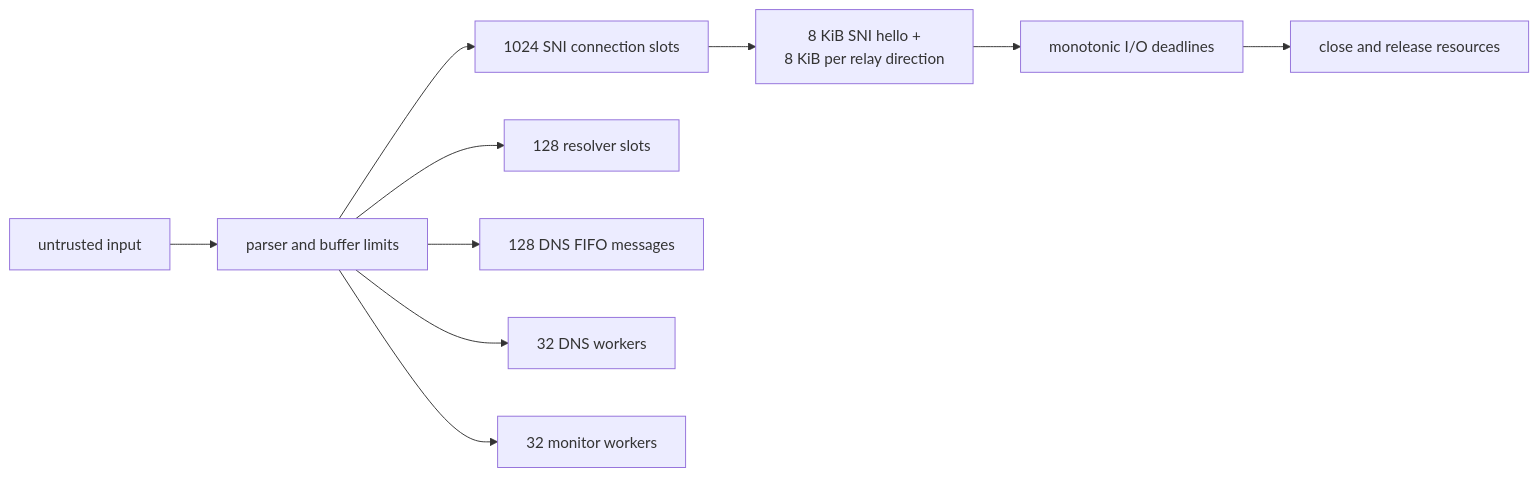
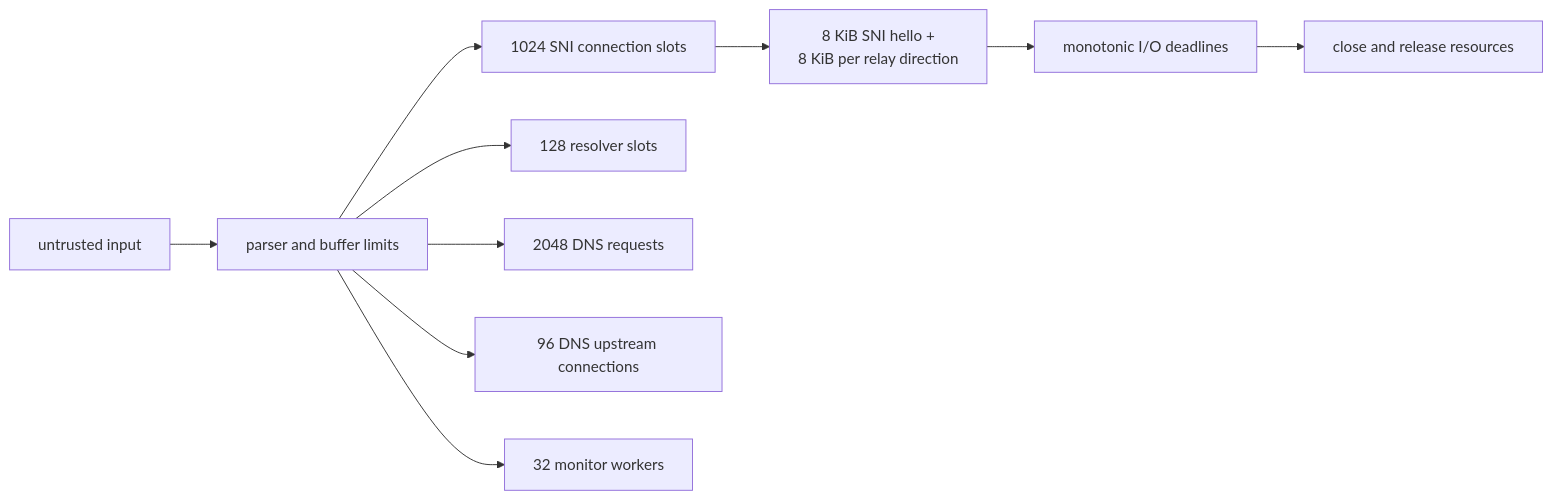
The tenth of 11 diagrams in ARCHITECTURE.md (0x7a657573/zroxy), drawn with Mermaid before and after one commit. The commit also changed other lines of this file and 27 other files, not shown here.

First line of the commit message:
refactor(dns): replace FIFO workers with a DNS event loop

````diff
--- a/ARCHITECTURE.md
+++ b/ARCHITECTURE.md
@@ -883,12 +869,12 @@
 ```mermaid
 flowchart LR
     Input[untrusted input] --> Limits[parser and buffer limits]
     Limits --> Conn[1024 SNI connection slots]
     Limits --> Resolver[128 resolver slots]
-    Limits --> DNSQ[128 DNS FIFO messages]
-    Limits --> DNSW[32 DNS workers]
+    Limits --> DNSR[2048 DNS requests]
+    Limits --> DNSU[96 DNS upstream connections]
     Limits --> MonW[32 monitor workers]
     Conn --> Buffers[8 KiB SNI hello +\n8 KiB per relay direction]
     Buffers --> Deadline[monotonic I/O deadlines]
     Deadline --> Close[close and release resources]
 ```
````
